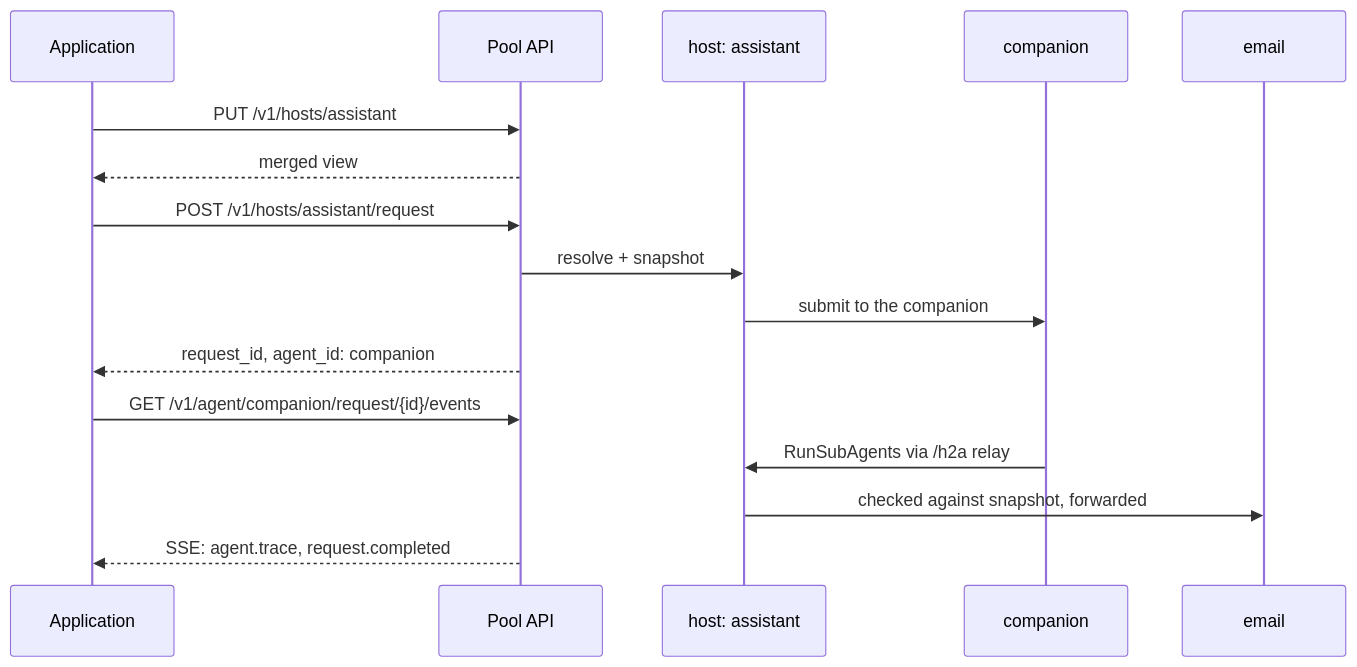
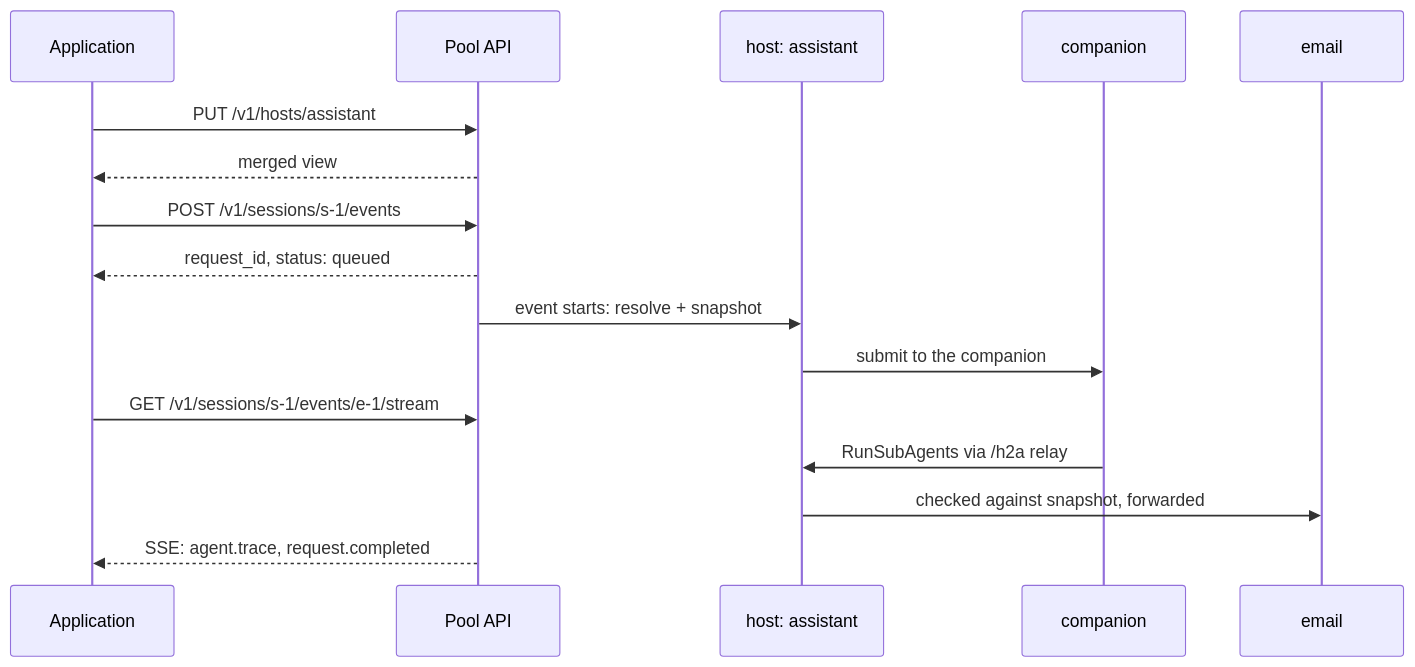
One commit to imsid/mashpy changed the diagram in docs/posts/building-dynamic-hosts-apis.md. Above: the diagram before and after it, drawn with Mermaid. The commit also changed other lines of this file and 271 other files, not shown here.

First line of the commit message:
feat!: request lifecycle v2: sessions, events and policies (#285)

````diff
--- a/docs/posts/building-dynamic-hosts-apis.md
+++ b/docs/posts/building-dynamic-hosts-apis.md
@@ -192,19 +210,19 @@
 ```mermaid
 sequenceDiagram
     participant App as Application
     participant API as Pool API
     participant H as host: assistant
     participant C as companion
     participant E as email
 
     App->>API: PUT /v1/hosts/assistant
     API-->>App: merged view
-    App->>API: POST /v1/hosts/assistant/request
-    API->>H: resolve + snapshot
+    App->>API: POST /v1/sessions/s-1/events
+    API-->>App: request_id, status: queued
+    API->>H: event starts: resolve + snapshot
     H->>C: submit to the companion
-    API-->>App: request_id, agent_id: companion
-    App->>API: GET /v1/agent/companion/request/{id}/events
+    App->>API: GET /v1/sessions/s-1/events/e-1/stream
     C->>H: RunSubAgents via /h2a relay
     H->>E: checked against snapshot, forwarded
     API-->>App: SSE: agent.trace, request.completed
 ```
````
